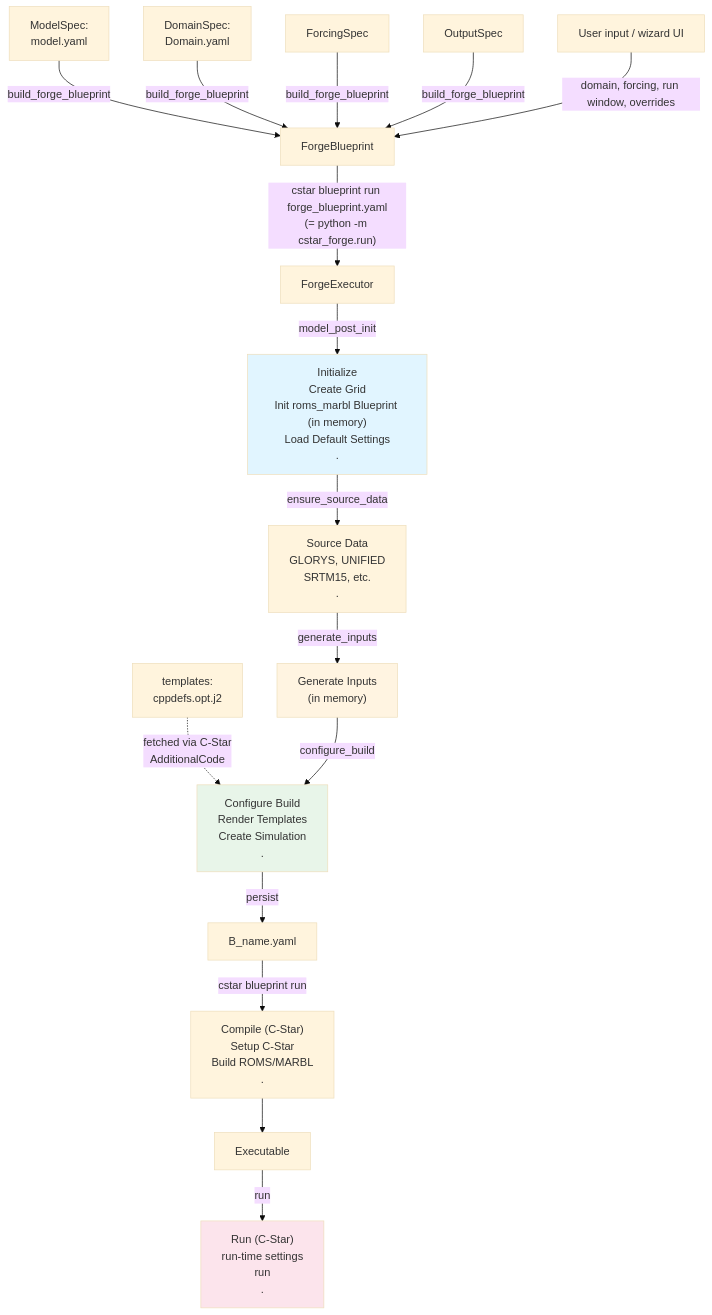
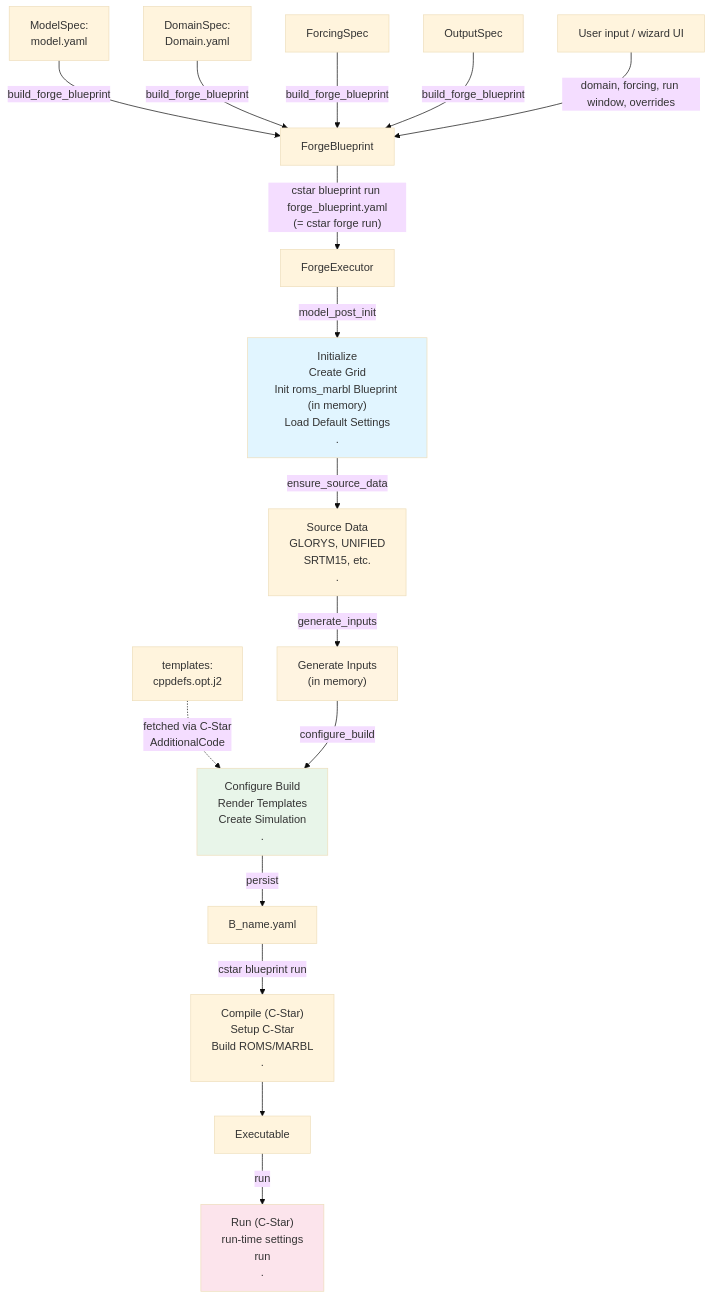
The diagram in forge-import/docs/domain-generation-overview.md (CWorthy-ocean/C-Star), drawn with Mermaid (base theme) before and after one commit. The commit also changed 45 other files, not shown here.

````diff
--- a/forge-import/docs/domain-generation-overview.md
+++ b/forge-import/docs/domain-generation-overview.md
@@ -14,32 +14,32 @@
 ```{mermaid}
 flowchart TD
     MS["ModelSpec:<br/>model.yaml"] -->|build_forge_blueprint| B[ForgeBlueprint]
     DS["DomainSpec:<br/>Domain.yaml"] -->|build_forge_blueprint| B
     FS["ForcingSpec"] -->|build_forge_blueprint| B
     OS["OutputSpec"] -->|build_forge_blueprint| B
 
     C["User input / wizard UI"] -->|domain, forcing, run window, overrides| B
 
-    B -->|"cstar blueprint run forge_blueprint.yaml<br/>(= python -m cstar_forge.run)"| D[ForgeExecutor]
+    B -->|"cstar blueprint run forge_blueprint.yaml<br/>(= cstar forge run)"| D[ForgeExecutor]
 
     D -->|model_post_init| E["Initialize<br/>Create Grid<br/>Init roms_marbl Blueprint (in memory)<br/>Load Default Settings<br/>."]
 
     E -->|ensure_source_data| G["Source Data<br/>GLORYS, UNIFIED<br/>SRTM15, etc.<br/>."]
 
     G -->|generate_inputs| H["Generate Inputs<br/>(in memory)"]
 
     T["templates:<br/>cppdefs.opt.j2"] -.->|fetched via C-Star<br/>AdditionalCode| J
 
     H -->|configure_build| J["Configure Build<br/>Render Templates<br/>Create Simulation<br/>."]
     J -->|persist| K[B_name.yaml]
 
     K -->|"cstar blueprint run"| L["Compile (C-Star)<br/>Setup C-Star<br/>Build ROMS/MARBL<br/>."]
     L --> M[Executable]
 
     M -->|run| N["Run (C-Star)<br/>run-time settings<br/>run<br/>."]
 
     style E fill:#e1f5ff
     style H fill:#fff4e1
     style J fill:#e8f5e9
     style N fill:#fce4ec
 ```
````
